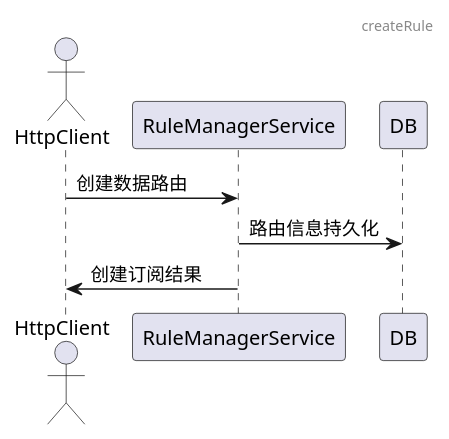
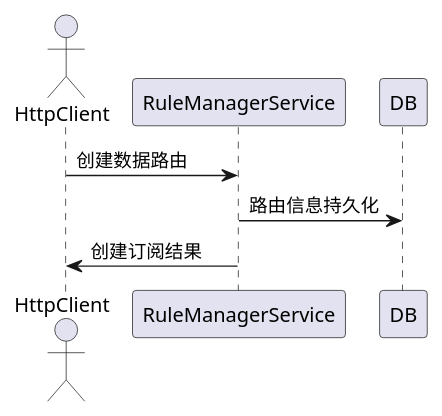
The first of 8 diagrams in docs/api/appendix/plantuml/rule_manager.md (tkeel-io/docs), drawn with PlantUML before and after one commit. The commit also changed other lines of this file and 2 other files, not shown here.

````diff
--- a/docs/api/appendix/plantuml/rule_manager.md
+++ b/docs/api/appendix/plantuml/rule_manager.md
@@ -2,13 +2,11 @@
 ```plantuml
 @startuml
-header createRule
-
 actor HttpClient
 participant RuleManagerService
 participant DB
 
 HttpClient->RuleManagerService:创建数据路由
 RuleManagerService->DB:路由信息持久化
 RuleManagerService->HttpClient:创建订阅结果
 @enduml
 ```
````
